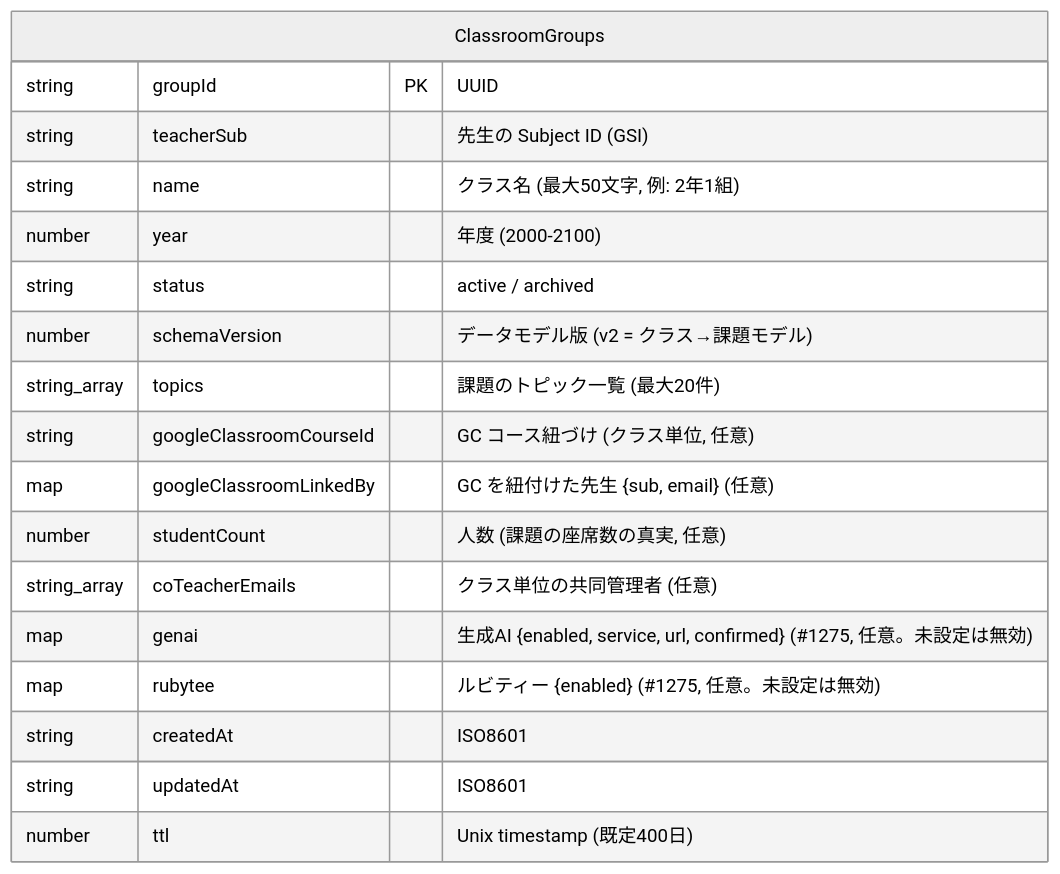
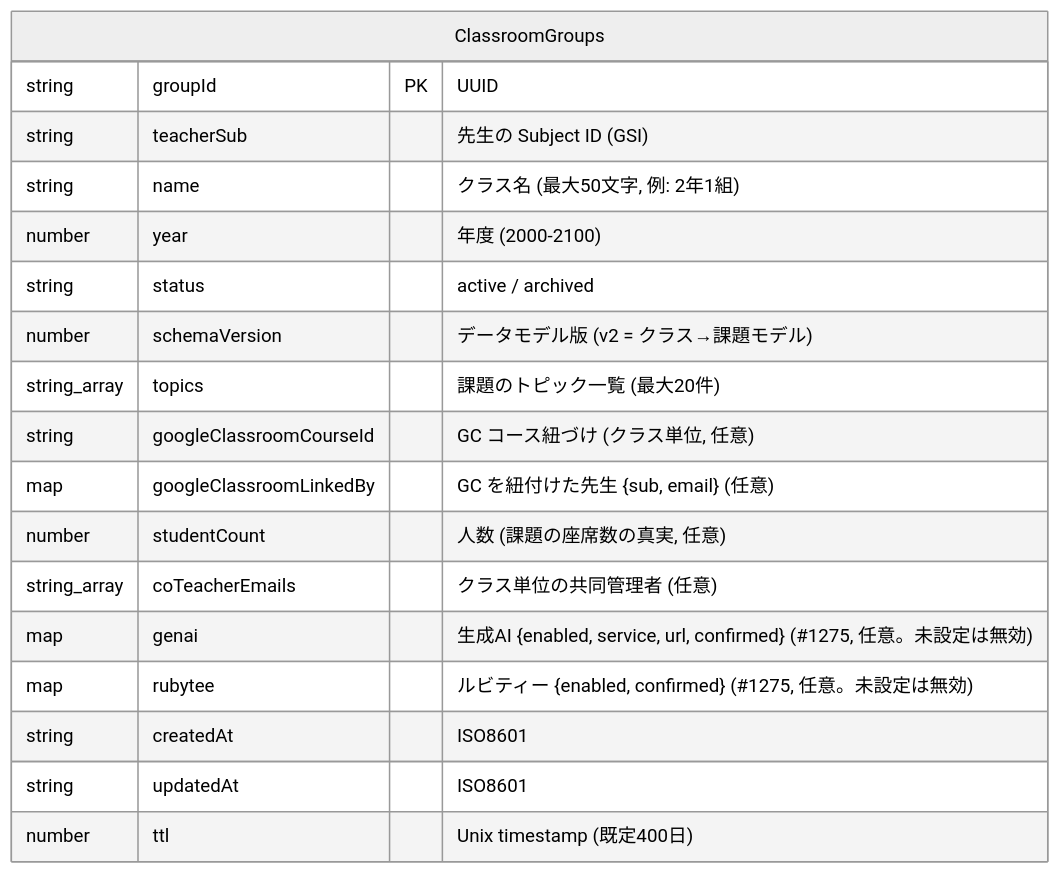
One commit to smalruby/smalruby3-editor changed the eighth of 8 diagrams in docs/classroom/architecture.md. Above: the diagram before and after it, drawn with Mermaid (neutral theme). The commit also changed other lines of this file and 2 other files, not shown here.

First line of the commit message:
feat(classroom-infra): add teacher confirmation to rubytee setting

````diff
--- a/docs/classroom/architecture.md
+++ b/docs/classroom/architecture.md
@@ -481,21 +481,21 @@
 ```mermaid
 erDiagram
     ClassroomGroups {
         string groupId PK "UUID"
         string teacherSub "先生の Subject ID (GSI)"
         string name "クラス名 (最大50文字, 例: 2年1組)"
         number year "年度 (2000-2100)"
         string status "active / archived"
         number schemaVersion "データモデル版 (v2 = クラス→課題モデル)"
         string_array topics "課題のトピック一覧 (最大20件)"
         string googleClassroomCourseId "GC コース紐づけ (クラス単位, 任意)"
         map googleClassroomLinkedBy "GC を紐付けた先生 {sub, email} (任意)"
         number studentCount "人数 (課題の座席数の真実, 任意)"
         string_array coTeacherEmails "クラス単位の共同管理者 (任意)"
         map genai "生成AI {enabled, service, url, confirmed} (#1275, 任意。未設定は無効)"
-        map rubytee "ルビティー {enabled} (#1275, 任意。未設定は無効)"
+        map rubytee "ルビティー {enabled, confirmed} (#1275, 任意。未設定は無効)"
         string createdAt "ISO8601"
         string updatedAt "ISO8601"
         number ttl "Unix timestamp (既定400日)"
     }
 ```
````
